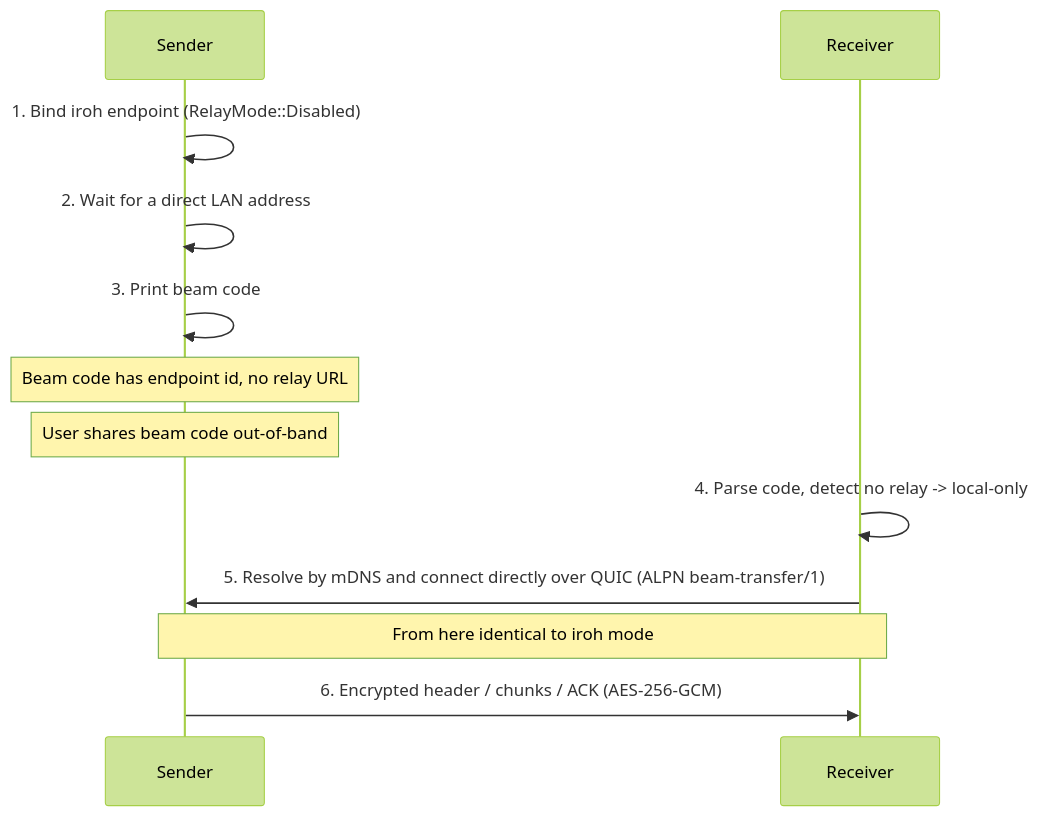
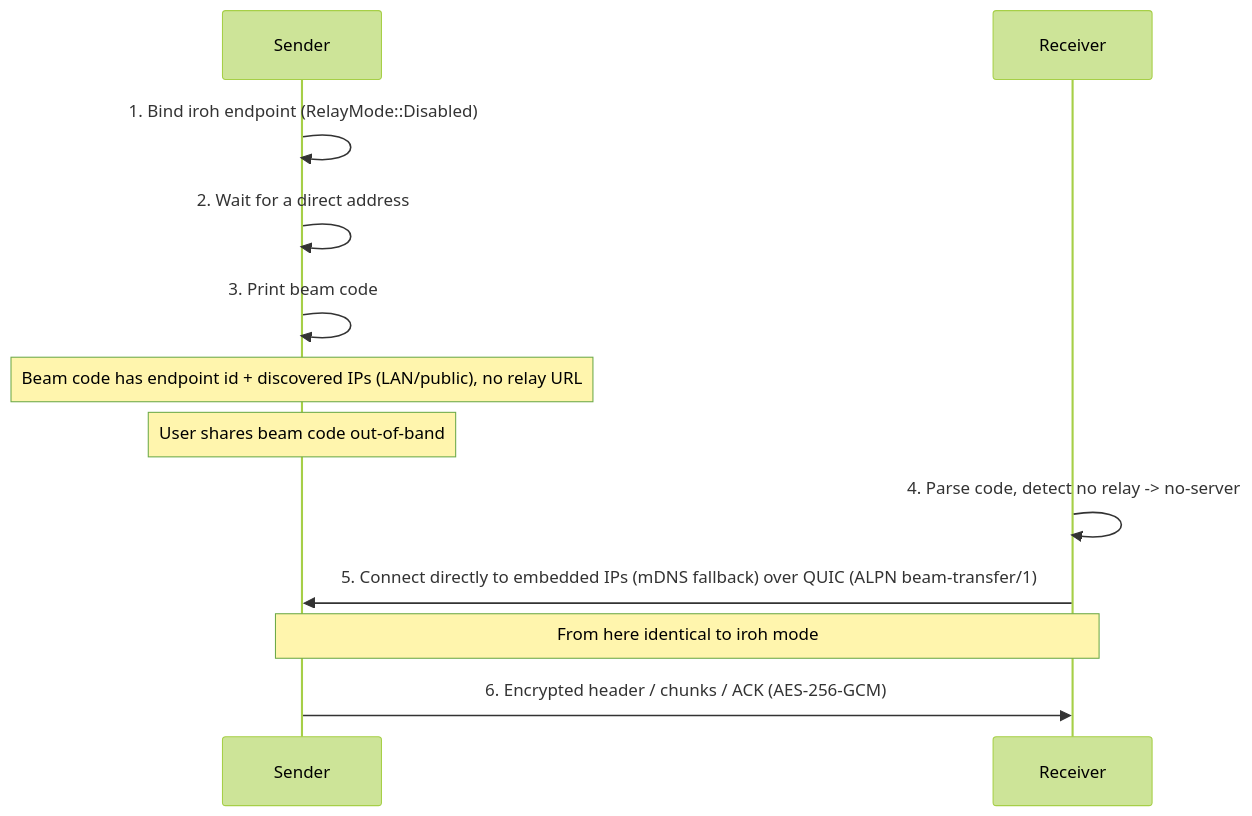
Before and after one commit to andrewtheguy/beam-rs: the second of 3 diagrams in docs/ARCHITECTURE.md, drawn with Mermaid (forest theme). The commit also changed other lines of this file and 10 other files, not shown here.

Commit message:
no server instead of local only for clarification

````diff
--- a/docs/ARCHITECTURE.md
+++ b/docs/ARCHITECTURE.md
@@ -75,18 +80,18 @@
 ```mermaid
 sequenceDiagram
     participant Sender
     participant Receiver
 
     Sender->>Sender: 1. Bind iroh endpoint (RelayMode::Disabled)
-    Sender->>Sender: 2. Wait for a direct LAN address
+    Sender->>Sender: 2. Wait for a direct address
     Sender->>Sender: 3. Print beam code
-    Note over Sender: Beam code has endpoint id, no relay URL
+    Note over Sender: Beam code has endpoint id + discovered IPs (LAN/public), no relay URL
 
     Note over Sender: User shares beam code out-of-band
 
-    Receiver->>Receiver: 4. Parse code, detect no relay -> local-only
-    Receiver->>Sender: 5. Resolve by mDNS and connect directly over QUIC (ALPN beam-transfer/1)
+    Receiver->>Receiver: 4. Parse code, detect no relay -> no-server
+    Receiver->>Sender: 5. Connect directly to embedded IPs (mDNS fallback) over QUIC (ALPN beam-transfer/1)
 
     Note over Sender,Receiver: From here identical to iroh mode
     Sender->>Receiver: 6. Encrypted header / chunks / ACK (AES-256-GCM)
 ```
````
